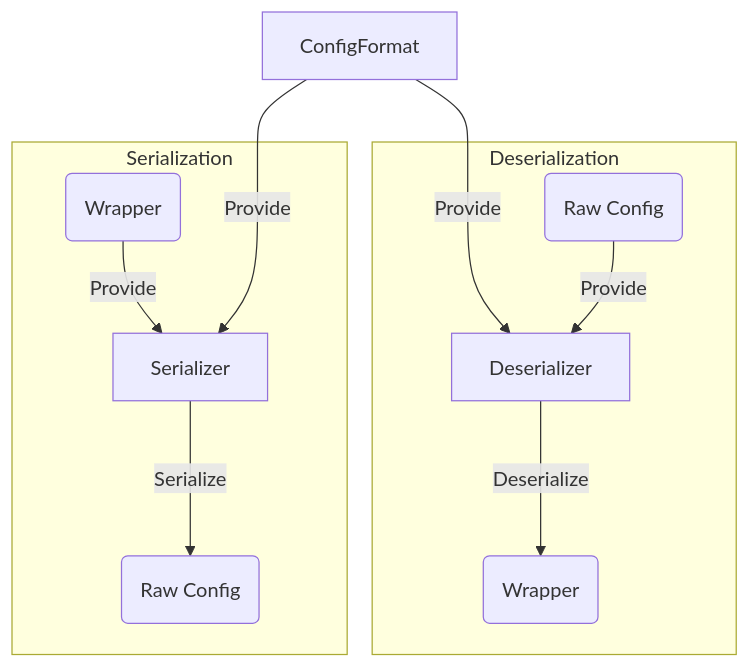
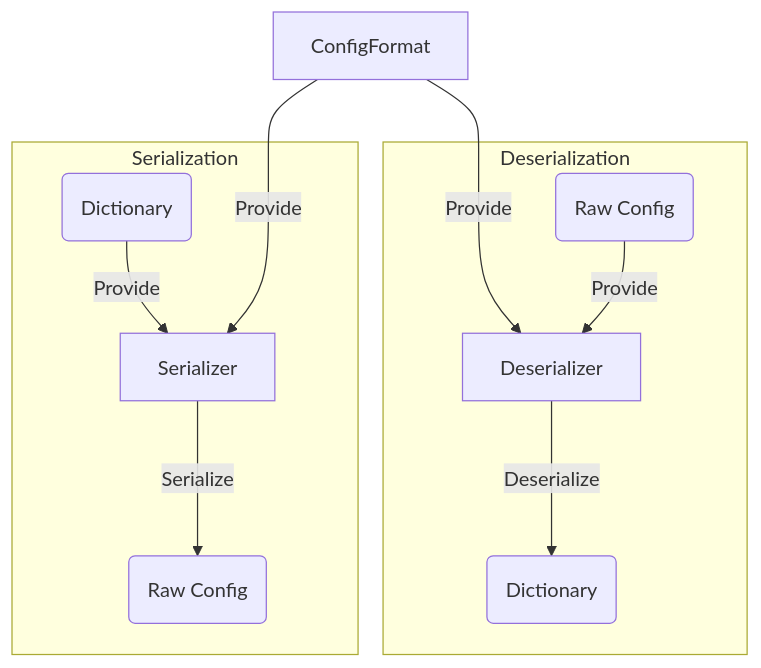
The third of 5 diagrams in INTERNAL.md (anhcraft/config), drawn with Mermaid before and after one commit. The commit also changed other lines of this file and 27 other files, not shown here.

````diff
--- a/INTERNAL.md
+++ b/INTERNAL.md
@@ -52,13 +52,13 @@
 ```mermaid
 flowchart TD
   ConfigFormat --->|Provide| Deserializer
   subgraph Deserialization
     Raw-config2(Raw Config) -->|Provide| Deserializer
-    Deserializer --->|Deserialize| Wrapper3(Wrapper)
+    Deserializer --->|Deserialize| Dictionary3(Dictionary)
   end
   subgraph Serialization
-    Wrapper2(Wrapper) -->|Provide| Serializer
+    Dictionary2(Dictionary) -->|Provide| Serializer
     Serializer --->|Serialize| Raw-config1(Raw Config)
   end
   ConfigFormat --->|Provide| Serializer
 ```
````
